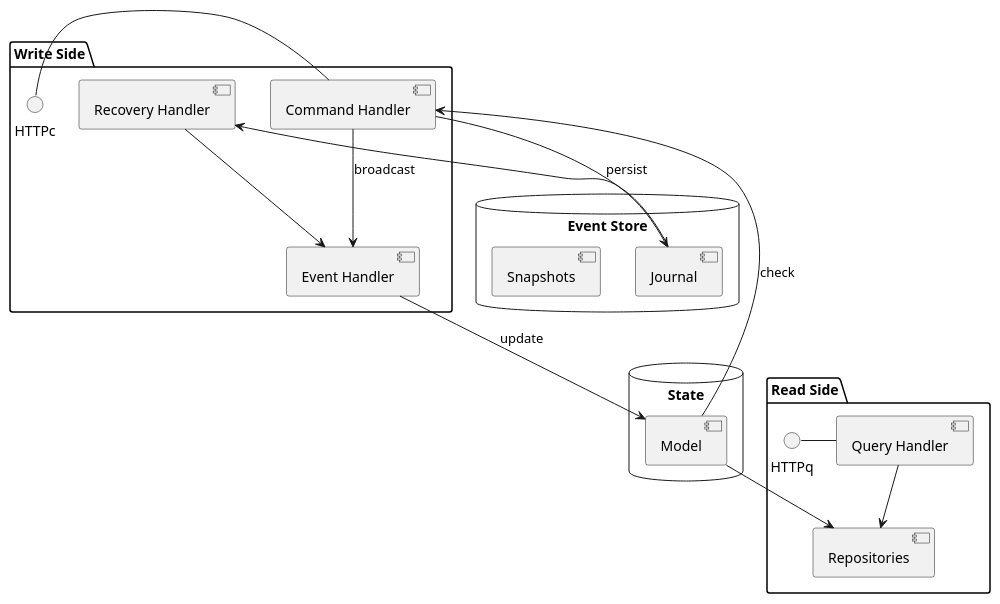
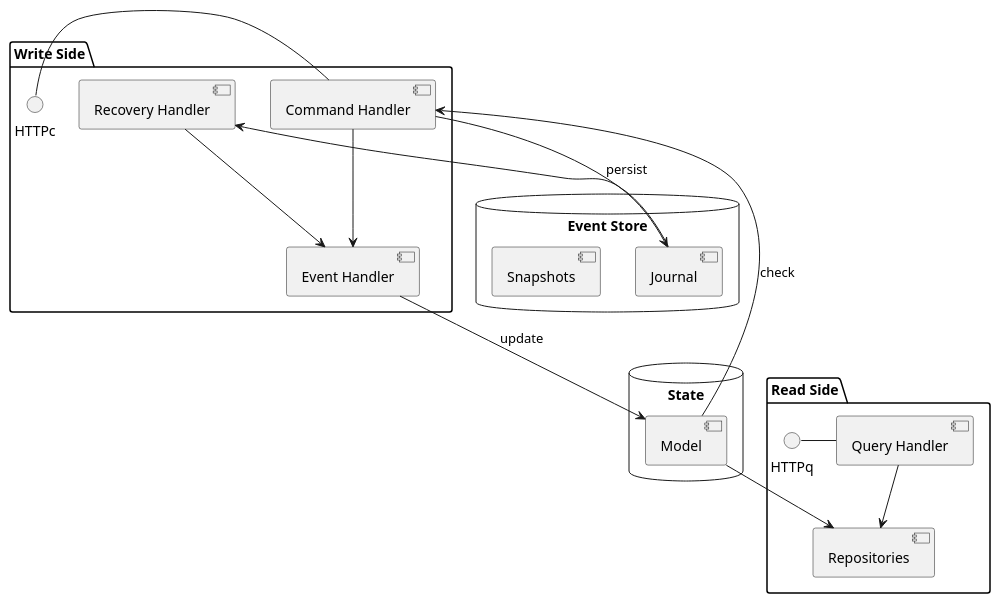
The diagram in docs/components.puml (jvorhauer/konomas), drawn with PlantUML before and after one commit. The commit also changed 2 other files, not shown here.

```diff
--- a/docs/components.puml
+++ b/docs/components.puml
@@ -1,35 +1,35 @@
 @startuml
 'https://plantuml.com/component-diagram
 
 package "Write Side" {
   HTTPc - [Command Handler]
   [Event Handler]
   [Recovery Handler]
 }
 
 database "Event Store" {
     [Journal]
     [Snapshots]
 }
 
 database "State" {
     [Model]
 }
 
 package "Read Side" {
     HTTPq - [Query Handler]
     [Repositories]
 }
 
 [Command Handler] <-- [Model] : check
-[Command Handler] --> [Event Handler] : broadcast
+[Command Handler] --> [Event Handler]
 [Command Handler] --> [Journal] : persist
 [Event Handler] --> [Model] : update
 
 [Journal] --> [Recovery Handler]
 [Recovery Handler] --> [Event Handler]
 
 [Query Handler] --> [Repositories]
 [Model] --> [Repositories]
 
 @enduml
```
